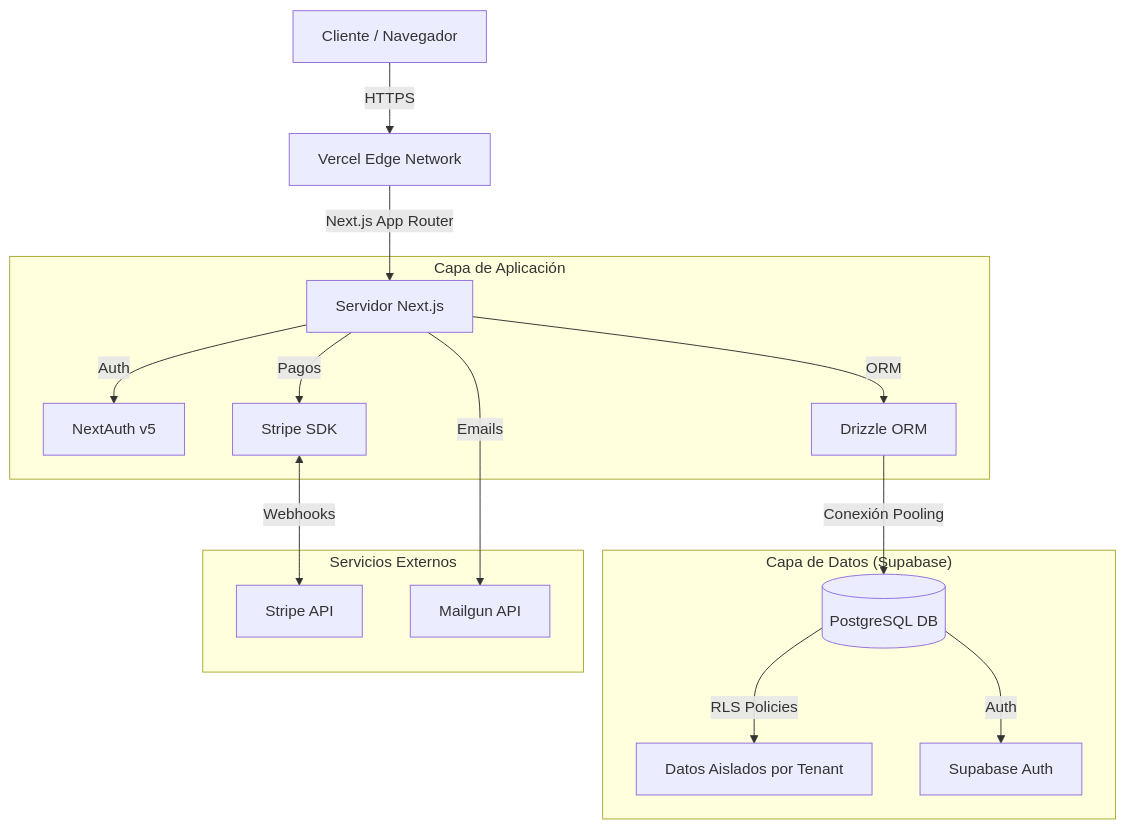
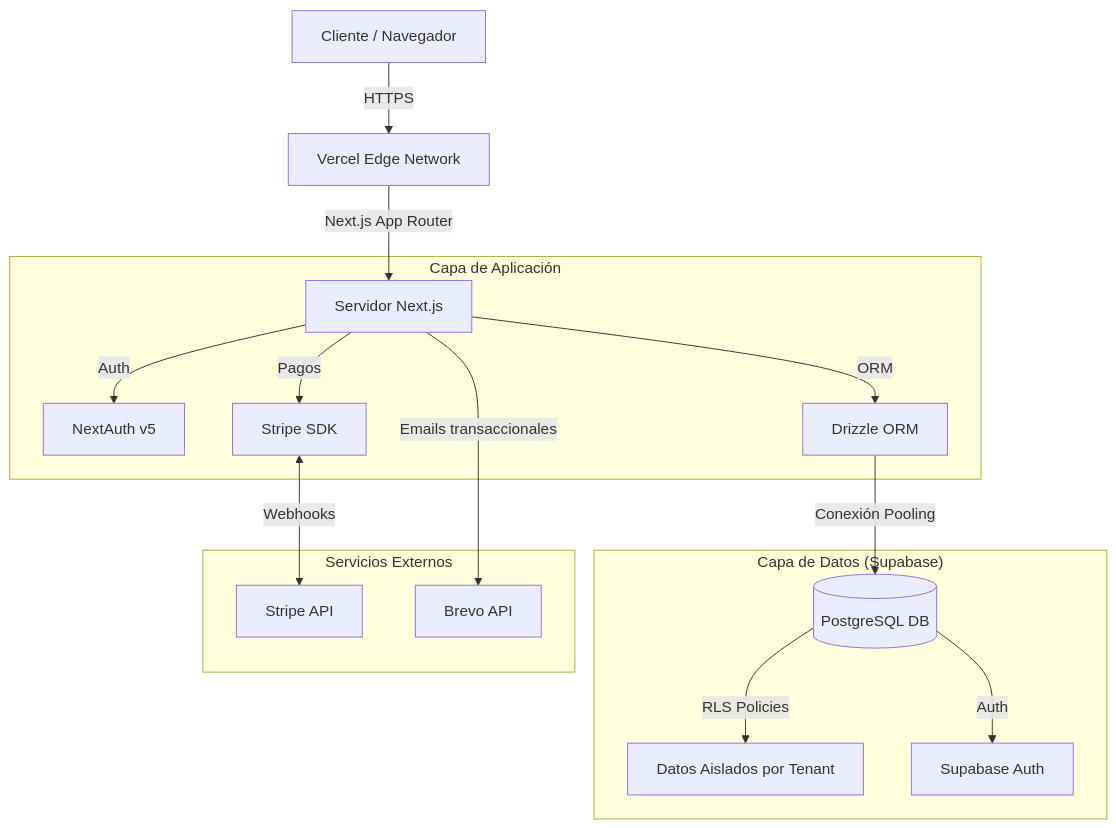
One commit to mentessaas/Zaltyko changed the diagram in docs/architecture.md. Above: the diagram before and after it, drawn with Mermaid. The commit also changed 28 other files, not shown here.

````diff
--- a/docs/architecture.md
+++ b/docs/architecture.md
@@ -7,22 +7,22 @@
 ```mermaid
 graph TD
     User[Cliente / Navegador] -->|HTTPS| CDN[Vercel Edge Network]
     CDN -->|Next.js App Router| Server[Servidor Next.js]
     
     subgraph "Capa de Aplicación"
         Server -->|Auth| NextAuth[NextAuth v5]
         Server -->|ORM| Drizzle[Drizzle ORM]
         Server -->|Pagos| StripeSDK[Stripe SDK]
     end
     
     subgraph "Capa de Datos (Supabase)"
         Drizzle -->|Conexión Pooling| Postgres[(PostgreSQL DB)]
         Postgres -->|RLS Policies| TenantData[Datos Aislados por Tenant]
         Postgres -->|Auth| SupabaseAuth[Supabase Auth]
     end
     
     subgraph "Servicios Externos"
         StripeSDK <-->|Webhooks| StripeAPI[Stripe API]
-        Server -->|Emails| Mailgun[Mailgun API]
+        Server -->|Emails transaccionales| Brevo[Brevo API]
     end
 ```
````
